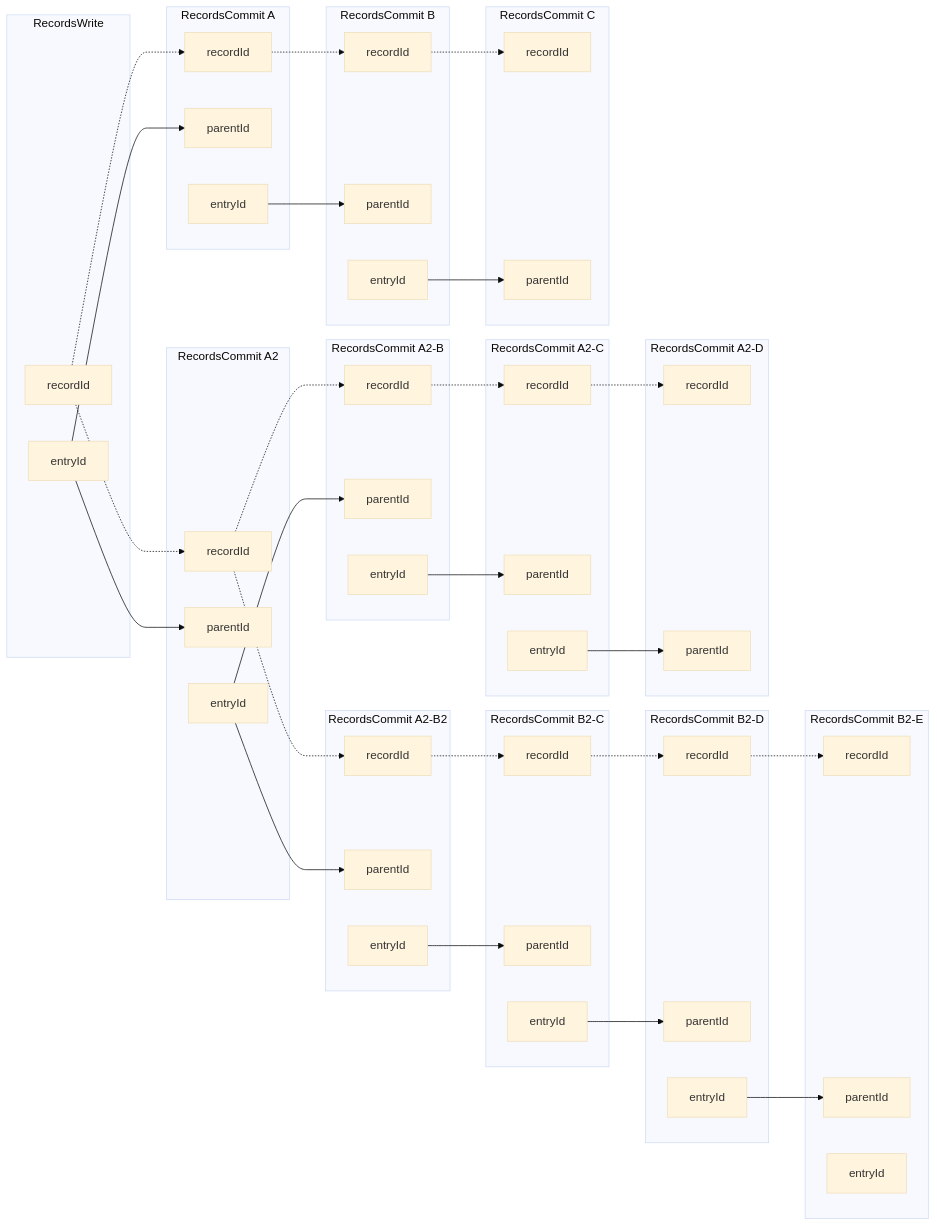
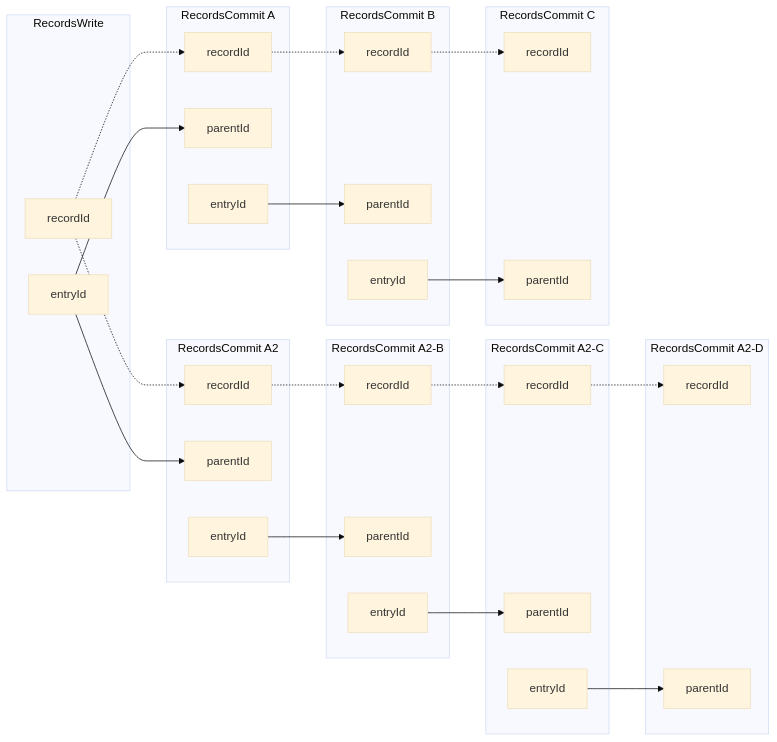
One commit to TBD54566975/technical-proposals changed the second of 2 diagrams in tp027/README.md. Above: the diagram before and after it, drawn with Mermaid (base theme). The commit also changed other lines of this file, not shown here.

````diff
--- a/tp027/README.md
+++ b/tp027/README.md
@@ -66,64 +85,42 @@
 ```mermaid
   graph LR;
-  subgraph RecordsCommit_A2B2E[RecordsCommit B2-E]
-    recordId_Commit_A2B2E[recordId]
-    parentId_Commit_A2B2E[parentId]
-    entryId_Commit_A2B2E[entryId]
-  end
-  subgraph RecordsCommit_A2B2D[RecordsCommit B2-D]
-    recordId_Commit_A2B2D[recordId] -.-> recordId_Commit_A2B2E
-    parentId_Commit_A2B2D[parentId]
-    entryId_Commit_A2B2D[entryId] --> parentId_Commit_A2B2E
-  end
-  subgraph RecordsCommit_A2B2C[RecordsCommit B2-C]
-    recordId_Commit_A2B2C[recordId] -.-> recordId_Commit_A2B2D
-    parentId_Commit_A2B2C[parentId]
-    entryId_Commit_A2B2C[entryId] --> parentId_Commit_A2B2D
-  end
-  subgraph RecordsCommit_A2B2[RecordsCommit A2-B2]
-    recordId_Commit_A2B2[recordId] -.-> recordId_Commit_A2B2C
-    parentId_Commit_A2B2[parentId]
-    entryId_Commit_A2B2[entryId] --> parentId_Commit_A2B2C
-  end
   subgraph RecordsCommit_A2D[RecordsCommit A2-D]
     recordId_Commit_A2D[recordId]
     parentId_Commit_A2D[parentId]
   end
   subgraph RecordsCommit_A2C[RecordsCommit A2-C]
     recordId_Commit_A2C[recordId] -.-> recordId_Commit_A2D
     parentId_Commit_A2C[parentId]
     entryId_Commit_A2C[entryId] --> parentId_Commit_A2D
   end
   subgraph RecordsCommit_A2B[RecordsCommit A2-B]
     recordId_Commit_A2B[recordId] -.-> recordId_Commit_A2C
     parentId_Commit_A2B[parentId]
     entryId_Commit_A2B[entryId] --> parentId_Commit_A2C
   end
   subgraph RecordsCommit_A2[RecordsCommit A2]
     recordId_Commit_A2[recordId] -.-> recordId_Commit_A2B
-    recordId_Commit_A2[recordId] -.-> recordId_Commit_A2B2
     parentId_Commit_A2[parentId] 
     entryId_Commit_A2[entryId] --> parentId_Commit_A2B
-    entryId_Commit_A2[entryId] --> parentId_Commit_A2B2
   end
   subgraph RecordsCommit_C[RecordsCommit C]
     recordId_Commit_C[recordId]
     parentId_Commit_C[parentId]
   end
   subgraph RecordsCommit_B[RecordsCommit B]
     recordId_Commit_B[recordId] -.-> recordId_Commit_C
     parentId_Commit_B[parentId]
     entryId_Commit_B[entryId] --> parentId_Commit_C
   end
   subgraph RecordsCommit_A1[RecordsCommit A]
     recordId_Commit_A1[recordId] -.-> recordId_Commit_B
     parentId_Commit_A1[parentId]
     entryId_Commit_A1[entryId] --> parentId_Commit_B
   end
   subgraph RecordsWrite_A[RecordsWrite]
     recordId -.-> recordId_Commit_A1
     recordId -.-> recordId_Commit_A2
     entryId_Write_A[entryId] --> parentId_Commit_A1
     entryId_Write_A[entryId] --> parentId_Commit_A2
   end
 ```
````
